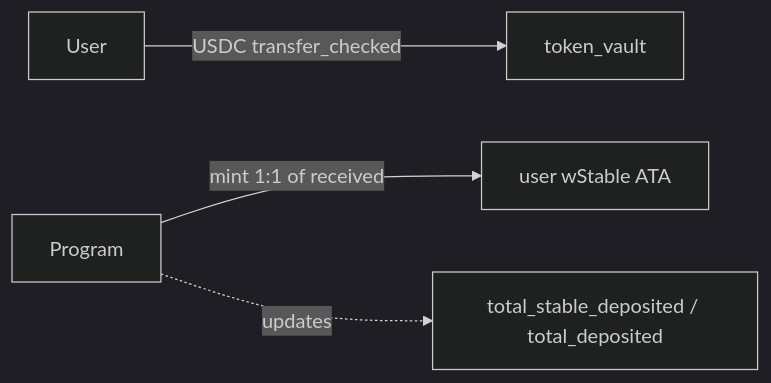
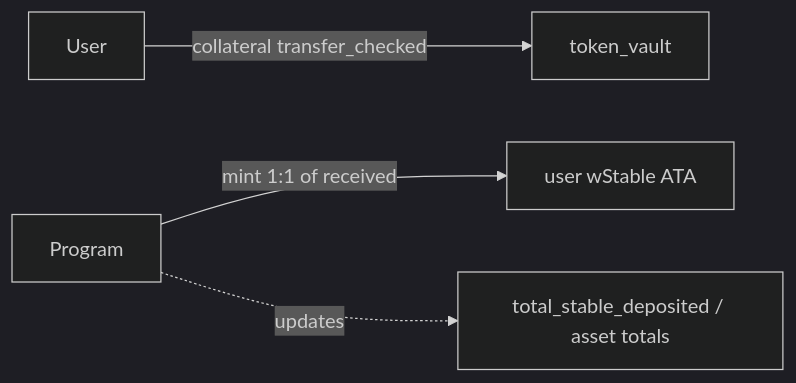
The second of 5 diagrams in wiki/Architecture.md (eregion-labs/wrap-stablecoin), drawn with Mermaid (dark theme) before and after one commit. The commit also changed other lines of this file and 43 other files, not shown here.

````diff
--- a/wiki/Architecture.md
+++ b/wiki/Architecture.md
@@ -108,6 +108,6 @@
 ```mermaid
 flowchart LR
-    User -->|USDC transfer_checked| TokenVault[token_vault]
+    User -->|collateral transfer_checked| TokenVault[token_vault]
     Program -->|mint 1:1 of received| UserWStable[user wStable ATA]
-    Program -. updates .-> Totals[total_stable_deposited / total_deposited]
+    Program -. updates .-> Totals[total_stable_deposited / asset totals]
 ```
````
